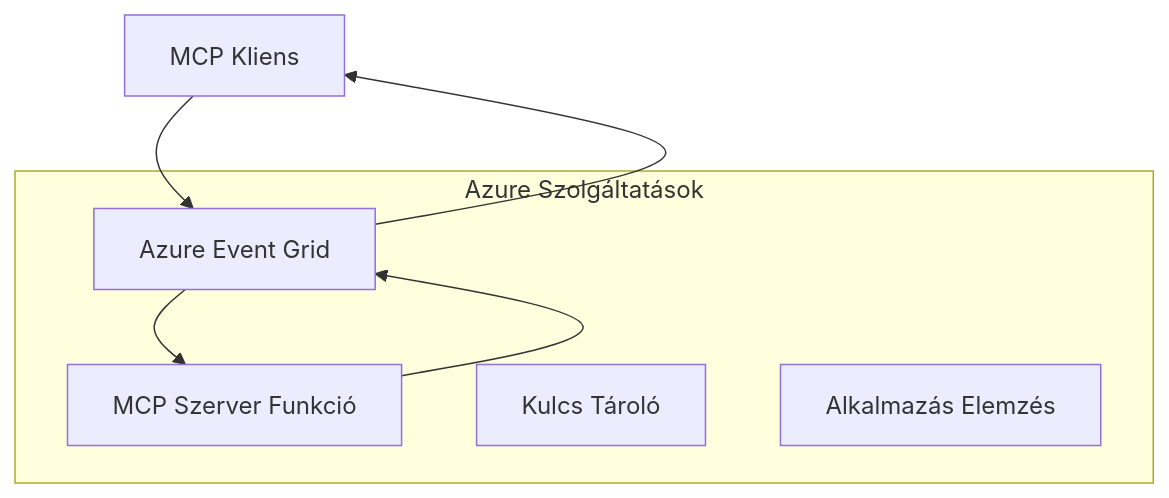
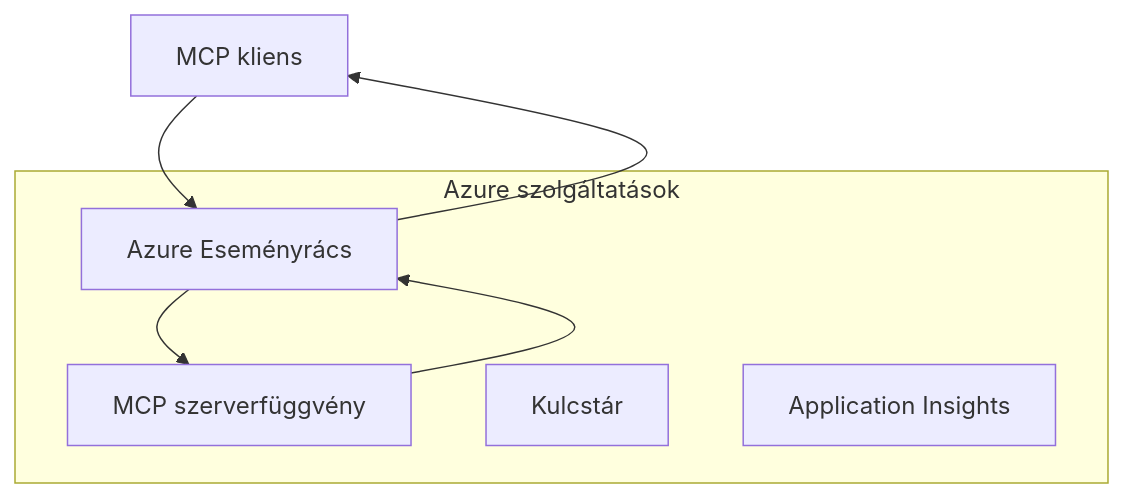
The first of 2 diagrams in mcp_ecosystem__model_context_protocol/mcp_learning_resources/mcp-for-beginners/translations/hu/05-AdvancedTopics/mcp-transport/README.md (HIDORAKAI002/ai-workspace-archive), drawn with Mermaid before and after one commit. The commit also changed other lines of this file and 1046 other files, not shown here.

````diff
--- a/mcp_ecosystem__model_context_protocol/mcp_learning_resources/mcp-for-beginners/translations/hu/05-AdvancedTopics/mcp-transport/README.md
+++ b/mcp_ecosystem__model_context_protocol/mcp_learning_resources/mcp-for-beginners/translations/hu/05-AdvancedTopics/mcp-transport/README.md
@@ -58,14 +60,14 @@
 ```mermaid
 graph TB
-    Client[MCP Kliens] --> EG[Azure Event Grid]
-    EG --> Server[MCP Szerver Funkció]
+    Client[MCP kliens] --> EG[Azure Eseményrács]
+    EG --> Server[MCP szerverfüggvény]
     Server --> EG
     EG --> Client
     
-    subgraph "Azure Szolgáltatások"
+    subgraph "Azure szolgáltatások"
         EG
         Server
-        KV[Kulcs Tároló]
-        Monitor[Alkalmazás Elemzés]
+        KV[Kulcstár]
+        Monitor[Application Insights]
     end
 ```
````
